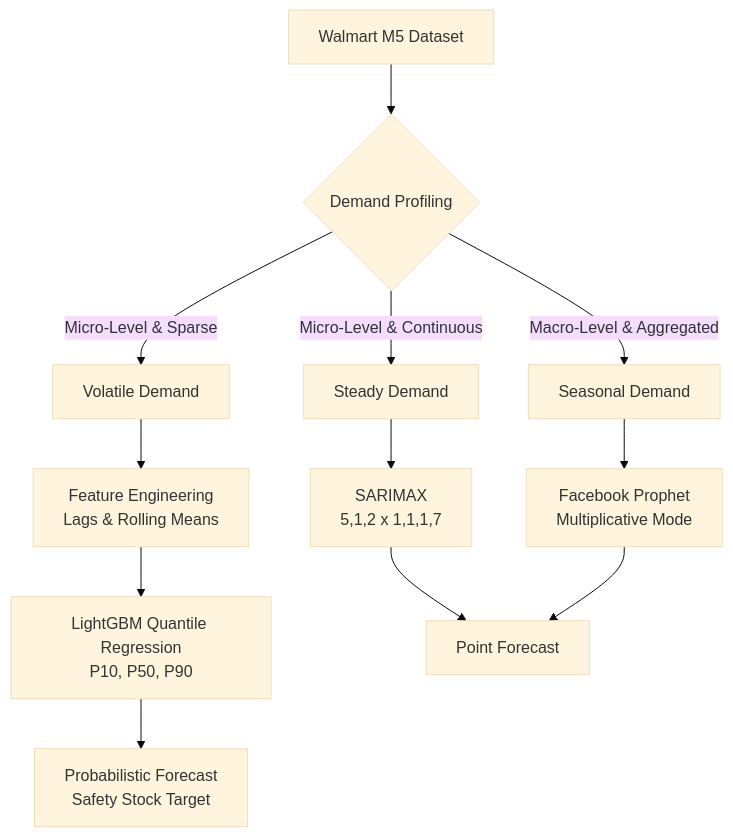
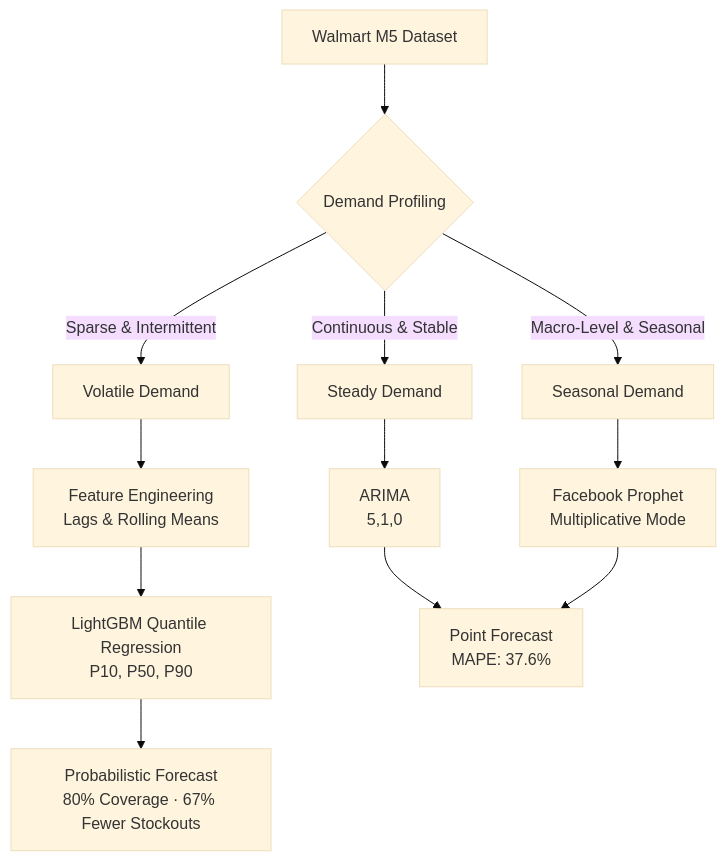
The diagram in 03_Retail_Demand_Forecasting/README.md (Cokaine29/IEOR_AI_ML_DS_Projects), drawn with Mermaid (base theme) before and after one commit. The commit also changed other lines of this file and 1 other file, not shown here.

````diff
--- a/03_Retail_Demand_Forecasting/README.md
+++ b/03_Retail_Demand_Forecasting/README.md
@@ -28,18 +47,18 @@
 ```mermaid
 graph TD
     A[Walmart M5 Dataset] --> B{Demand Profiling}
-    
-    B -->|Micro-Level & Continuous| C[Steady Demand]
-    B -->|Macro-Level & Aggregated| D[Seasonal Demand]
-    B -->|Micro-Level & Sparse| E[Volatile Demand]
-    
-    C --> F[SARIMAX<br/>5,1,2 x 1,1,1,7]
+
+    B -->|Continuous & Stable| C[Steady Demand]
+    B -->|Macro-Level & Seasonal| D[Seasonal Demand]
+    B -->|Sparse & Intermittent| E[Volatile Demand]
+
+    C --> F[ARIMA<br/>5,1,0]
     D --> G[Facebook Prophet<br/>Multiplicative Mode]
-    
+
     E --> H[Feature Engineering<br/>Lags & Rolling Means]
     H --> I[LightGBM Quantile Regression<br/>P10, P50, P90]
-    
-    F --> J[Point Forecast]
+
+    F --> J[Point Forecast<br/>MAPE: 37.6%]
     G --> J
-    I --> K[Probabilistic Forecast<br/>Safety Stock Target]
+    I --> K[Probabilistic Forecast<br/>80% Coverage · 67% Fewer Stockouts]
 ```
````
